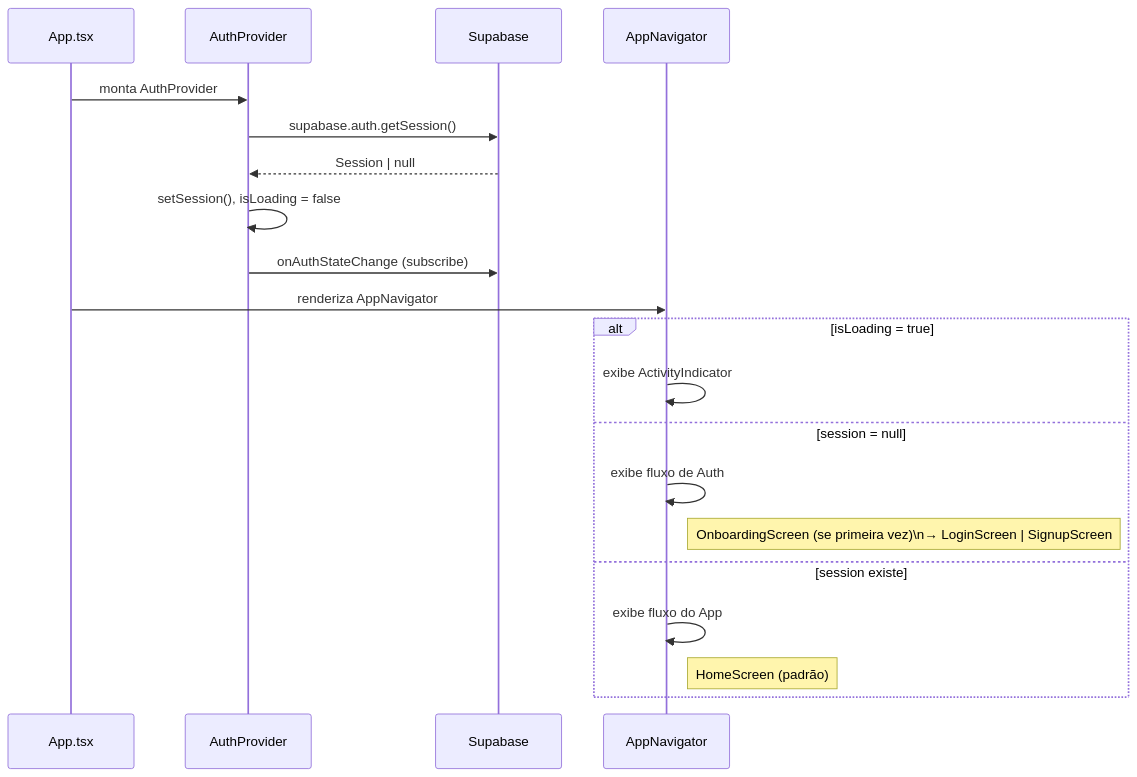
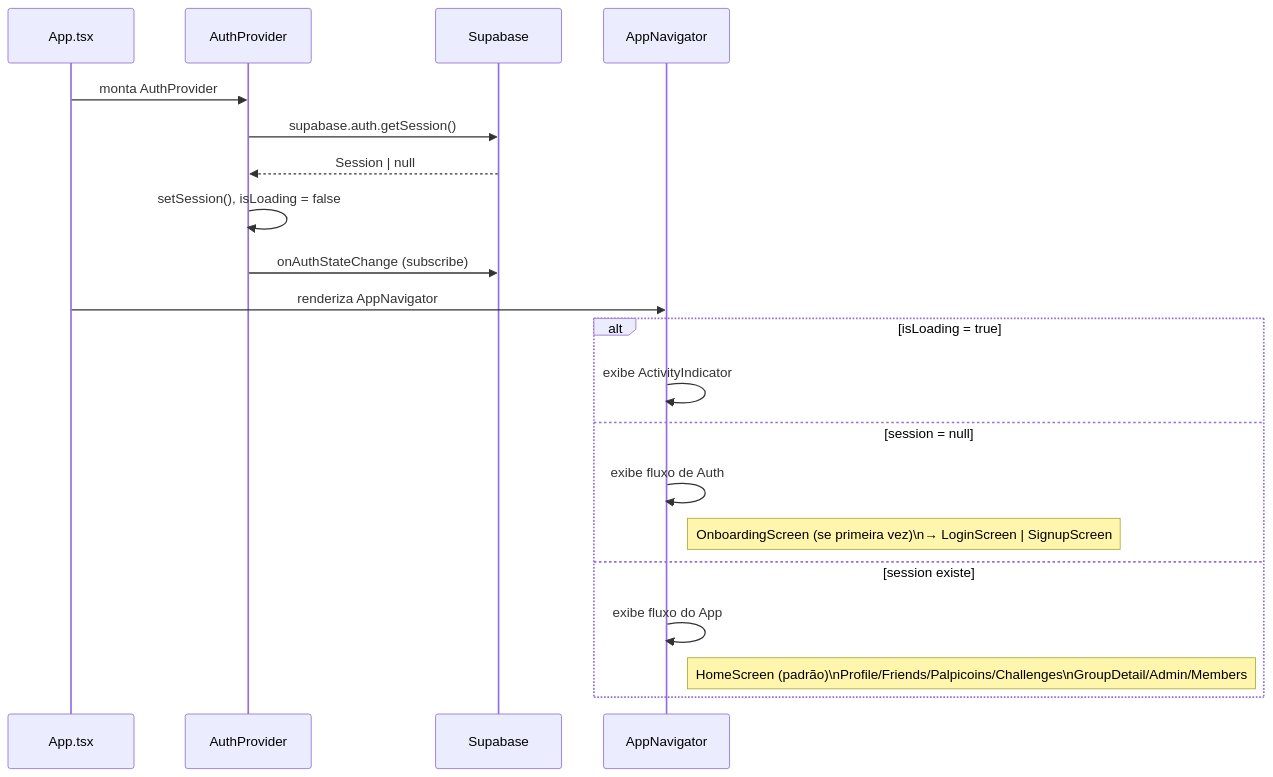
The second of 9 diagrams in docs/frontend/fluxo.md (GabrieleGVieira/palpite), drawn with Mermaid before and after one commit. The commit also changed other lines of this file and 49 other files, not shown here.

````diff
--- a/docs/frontend/fluxo.md
+++ b/docs/frontend/fluxo.md
@@ -40,26 +44,26 @@
 ```mermaid
 sequenceDiagram
     participant App as App.tsx
     participant Auth as AuthProvider
     participant Supa as Supabase
     participant Nav as AppNavigator
 
     App->>Auth: monta AuthProvider
     Auth->>Supa: supabase.auth.getSession()
     Supa-->>Auth: Session | null
 
     Auth->>Auth: setSession(), isLoading = false
     Auth->>Supa: onAuthStateChange (subscribe)
 
     App->>Nav: renderiza AppNavigator
 
     alt isLoading = true
         Nav->>Nav: exibe ActivityIndicator
     else session = null
         Nav->>Nav: exibe fluxo de Auth
         Note right of Nav: OnboardingScreen (se primeira vez)\n→ LoginScreen | SignupScreen
     else session existe
         Nav->>Nav: exibe fluxo do App
-        Note right of Nav: HomeScreen (padrão)
+        Note right of Nav: HomeScreen (padrão)\nProfile/Friends/Palpicoins/Challenges\nGroupDetail/Admin/Members
     end
 ```
````
